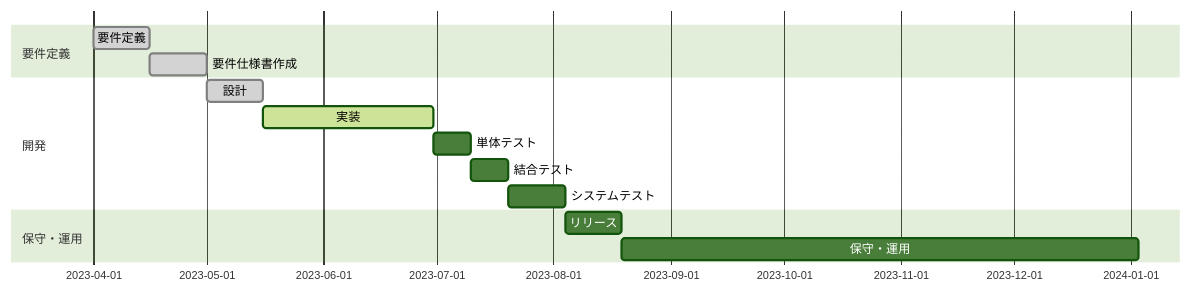
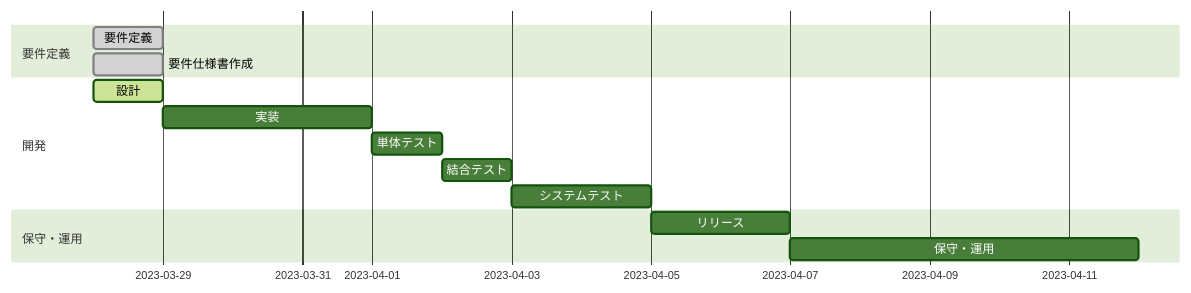
One commit to yumekiti-archive/ClubsActivity changed the first of 2 diagrams in README.md. Above: the diagram before and after it, drawn with Mermaid (forest theme). The commit also changed other lines of this file and 7 other files, not shown here.

````diff
--- a/README.md
+++ b/README.md
@@ -71,18 +87,18 @@
 ```mermaid
 gantt
 
 section 要件定義
-要件定義     :done,    des1, 2023-04-01, 15d
-要件仕様書作成 :done,    des2, after des1,      15d
+要件定義 :done, des1, 2023-03-28, 1d
+要件仕様書作成 :done, des2, 2023-03-28, 1d
 
 section 開発
-設計         :done,    des3, after des2,      15d
-実装         :active,  des4, after des3, 45d
-単体テスト   :         des5, after des4,      10d
-結合テスト   :         des6, after des5,      10d
-システムテスト :        des7, after des6,      15d
+設計 :active, des3, 2023-03-28, 1d
+実装 : des4, after des3, 3d
+単体テスト : des5, after des4, 1d
+結合テスト : des6, after des5, 1d
+システムテスト : des7, after des6, 2d
 
 section 保守・運用
-リリース      :        des8, after des7,      15d
-保守・運用    :        des9, after des8,      137d
+リリース : des8, after des7, 2d
+保守・運用 : des9, after des8, 5d
 ```
````
